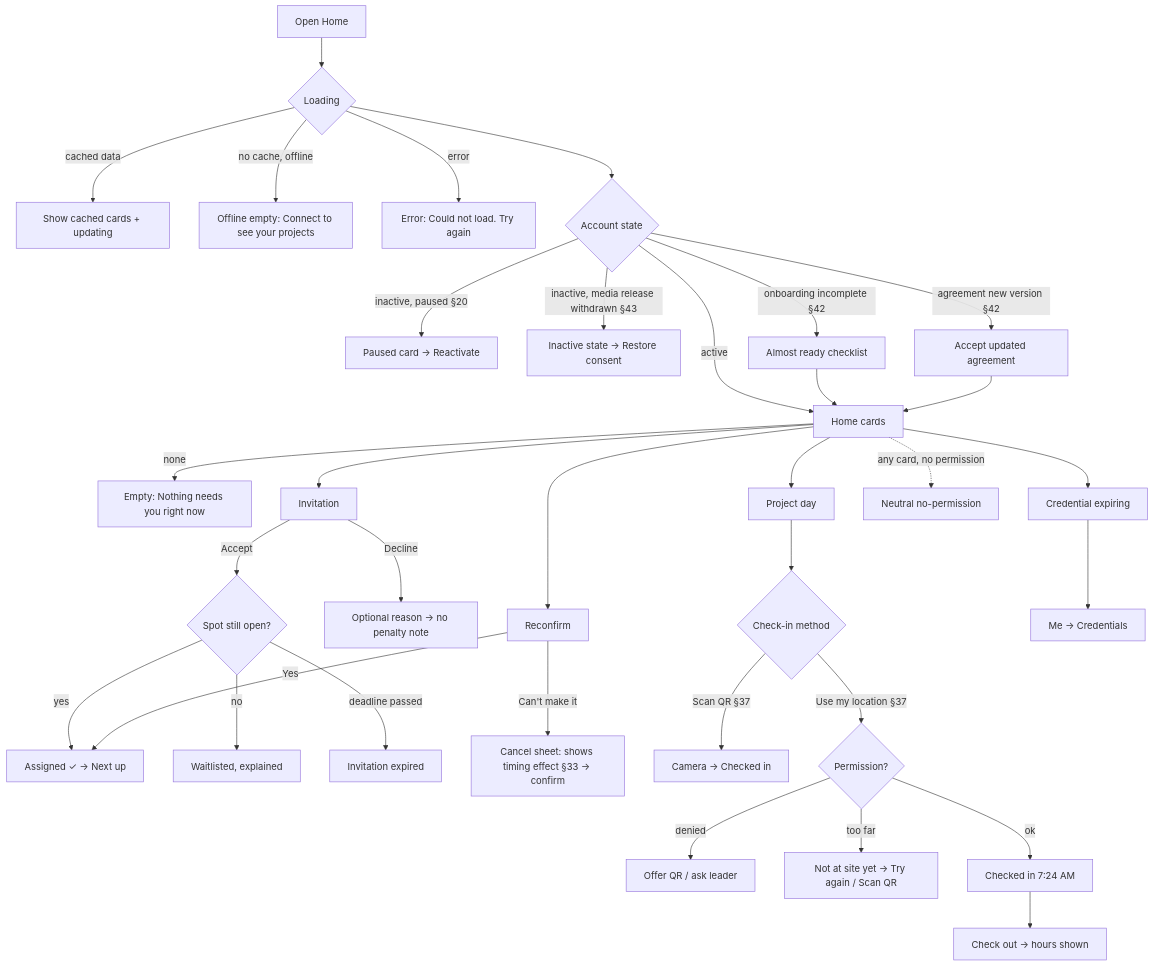
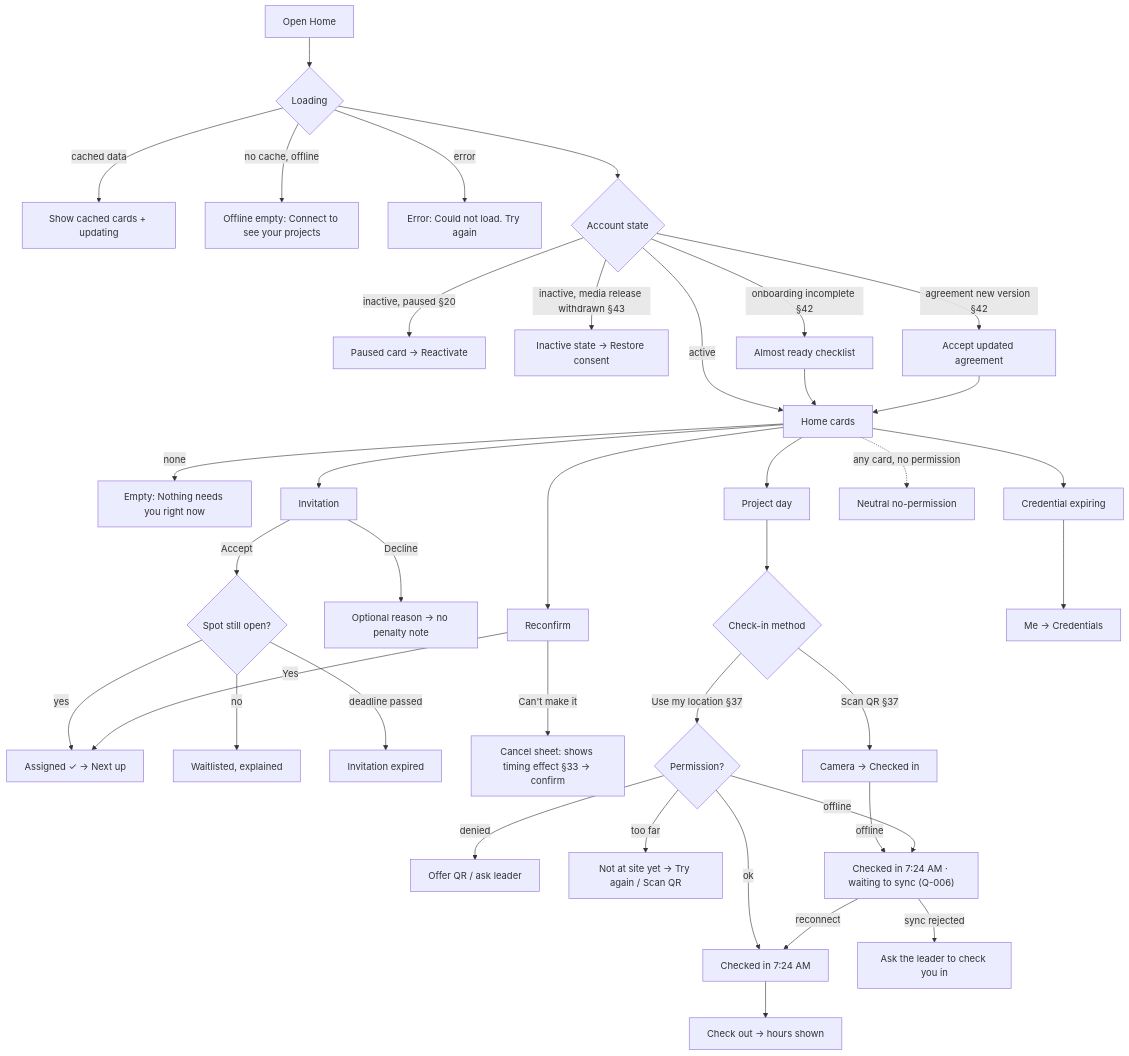
Before and after one commit to HarimCortez/HAM: the second of 3 diagrams in docs/ux/navigation.md, drawn with Mermaid. The commit also changed other lines of this file and 16 other files, not shown here.

````diff
--- a/docs/ux/navigation.md
+++ b/docs/ux/navigation.md
@@ -248,32 +260,36 @@
 ```mermaid
 flowchart TD
   A[Open Home] --> L{Loading}
   L -->|cached data| C["Show cached cards + updating"]
   L -->|no cache, offline| OFF["Offline empty: Connect to see your projects"]
   L -->|error| ERR["Error: Could not load. Try again"]
   L --> S{Account state}
   S -->|inactive, paused §20| INA[Paused card → Reactivate]
   S -->|inactive, media release withdrawn §43| MRW[Inactive state → Restore consent]
   S -->|onboarding incomplete §42| ONB[Almost ready checklist]
   S -->|agreement new version §42| AGR[Accept updated agreement]
   S -->|active| H[Home cards]
   ONB --> H
   AGR --> H
   H -->|none| EMP["Empty: Nothing needs you right now"]
   H --> INV[Invitation] -->|Accept| ACC{Spot still open?}
   ACC -->|yes| CONF[Assigned ✓ → Next up]
   ACC -->|no| WL[Waitlisted, explained]
   ACC -->|deadline passed| EXP[Invitation expired]
   INV -->|Decline| DEC[Optional reason → no penalty note]
   H --> REC[Reconfirm] -->|Yes| CONF
   REC -->|Can't make it| CAN[Cancel sheet: shows timing effect §33 → confirm]
   H --> PD[Project day] --> CI{Check-in method}
   CI -->|Scan QR §37| QR[Camera → Checked in]
   CI -->|Use my location §37| GPS{Permission?}
   GPS -->|denied| QRF[Offer QR / ask leader]
   GPS -->|too far| FAR[Not at site yet → Try again / Scan QR]
   GPS -->|ok| IN[Checked in 7:24 AM]
+  QR -->|offline| QUE["Checked in 7:24 AM · waiting to sync (Q-006)"]
+  GPS -->|offline| QUE
+  QUE -->|reconnect| IN
+  QUE -->|sync rejected| SEEPL[Ask the leader to check you in]
   IN --> OUT[Check out → hours shown]
   H --> CRED[Credential expiring] --> ME[Me → Credentials]
   H -. any card, no permission .-> NP[Neutral no-permission]
 ```
````
